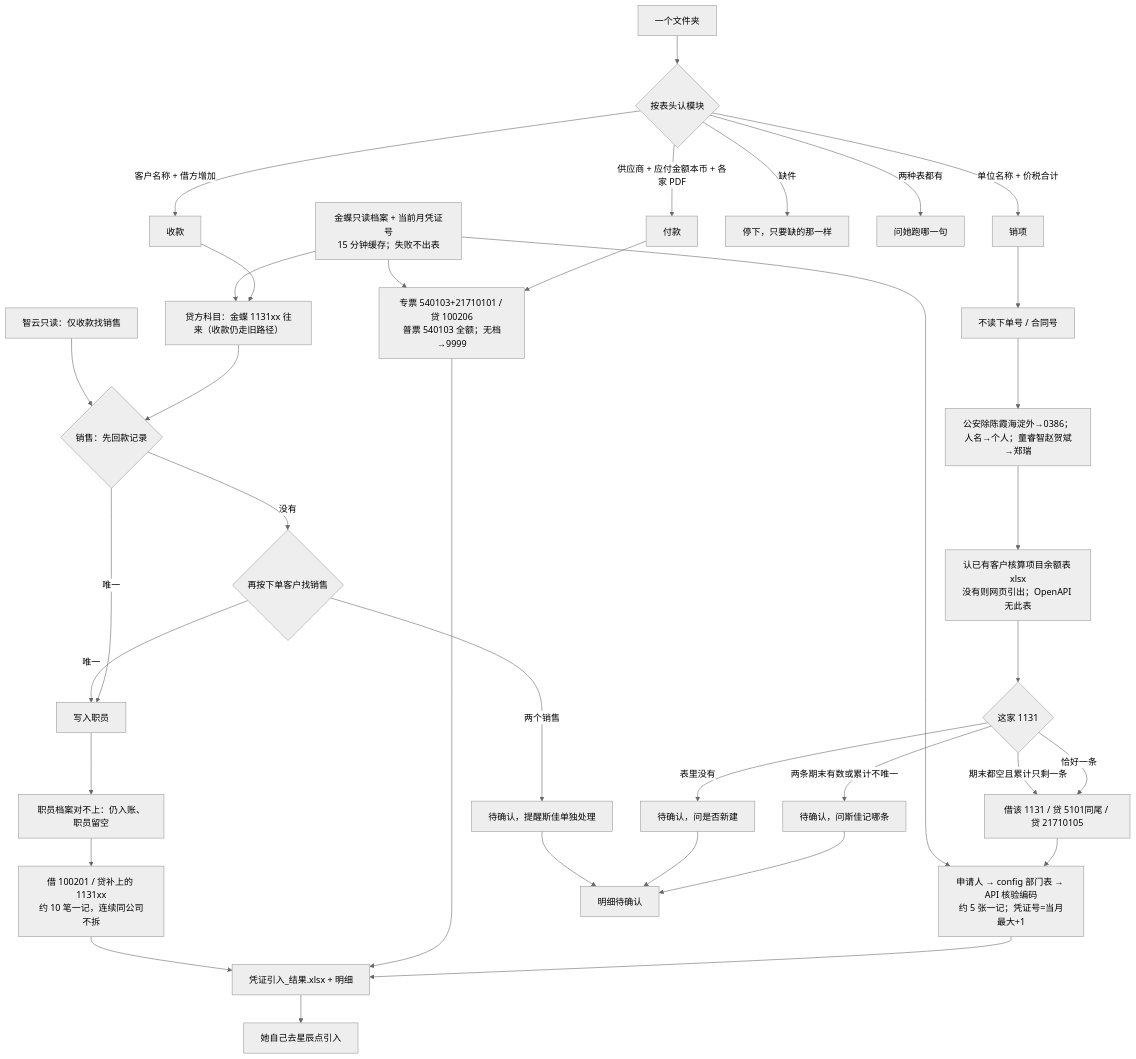
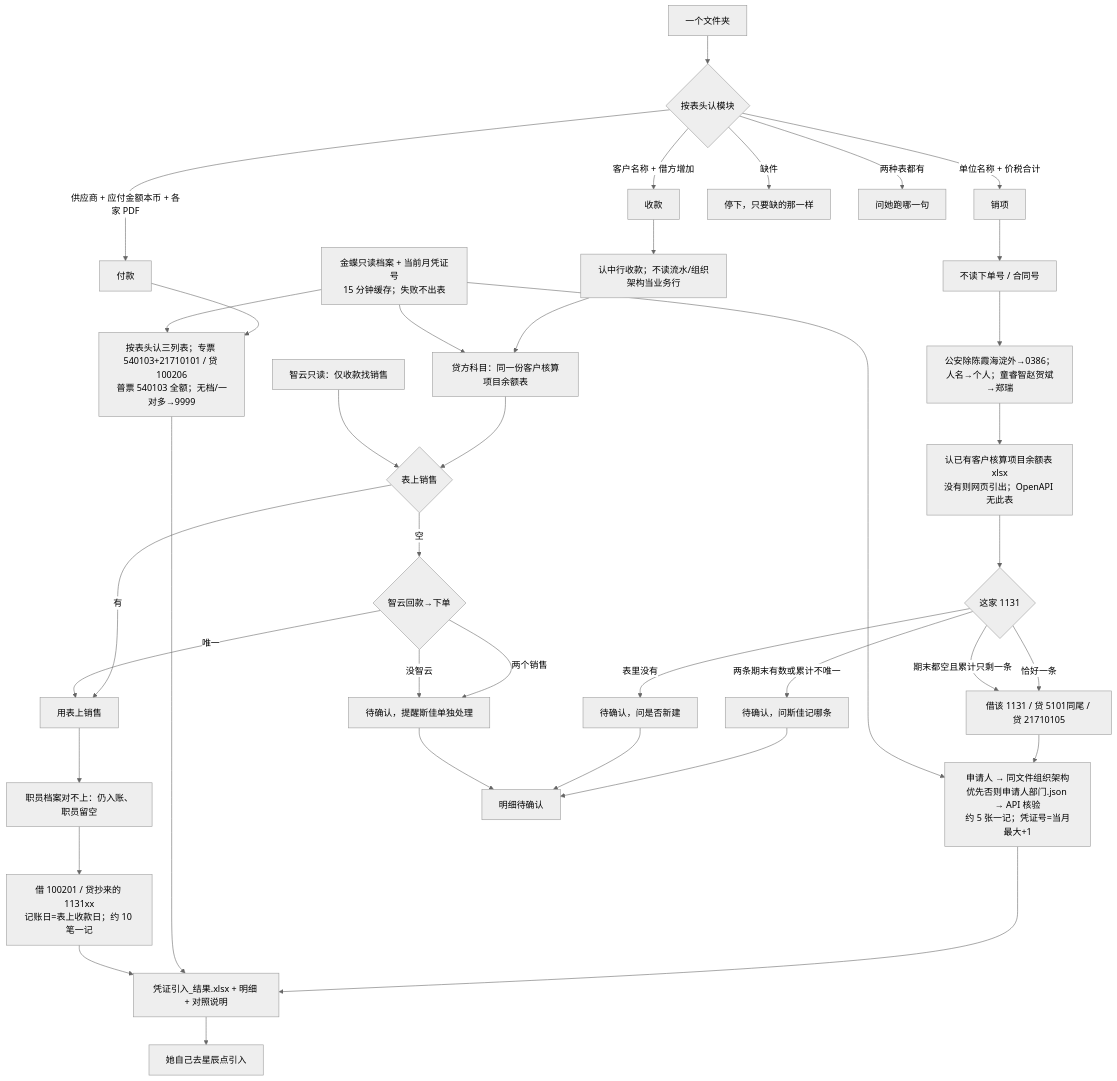
One commit to EvanLee2004/finance-skills changed the diagram in skills/kingdee-posting/README.md. Above: the diagram before and after it, drawn with Mermaid (neutral theme). The commit also changed other lines of this file and 15 other files, not shown here.

````diff
--- a/skills/kingdee-posting/README.md
+++ b/skills/kingdee-posting/README.md
@@ -53,38 +53,40 @@
 ```mermaid
 flowchart TD
   A["一个文件夹"] --> B{"按表头认模块"}
   B -->|单位名称 + 价税合计| S["销项"]
   B -->|供应商 + 应付金额本币 + 各家 PDF| P["付款"]
   B -->|客户名称 + 借方增加| R["收款"]
   B -->|缺件| M["停下，只要缺的那一样"]
   B -->|两种表都有| Q["问她跑哪一句"]
   S --> S1["不读下单号 / 合同号"]
   S1 --> S1c["公安除陈霞海淀外→0386；人名→个人；童睿智赵贺斌→郑瑞"]
   S1c --> S2["认已有客户核算项目余额表 xlsx<br/>没有则网页引出；OpenAPI 无此表"]
   S2 --> S3{"这家 1131"}
   S3 -->|恰好一条| S4["借该 1131 / 贷 5101同尾 / 贷 21710105"]
   S3 -->|两条期末有数或累计不唯一| SH["待确认，问斯佳记哪条"]
   S3 -->|期末都空且累计只剩一条| S4
   S3 -->|表里没有| SN["待确认，问是否新建"]
-  S4 --> S6["申请人 → config 部门表 → API 核验编码<br/>约 5 张一记；凭证号=当月最大+1"]
-  P --> P1["专票 540103+21710101 / 贷 100206<br/>普票 540103 全额；无档→9999"]
-  R --> R1["贷方科目：金蝶 1131xx 往来（收款仍走旧路径）"]
-  R1 --> R2{"销售：先回款记录"}
-  R2 -->|唯一| R4["写入职员"]
-  R2 -->|没有| R3{"再按下单客户找销售"}
+  S4 --> S6["申请人 → 同文件组织架构优先否则申请人部门.json → API 核验<br/>约 5 张一记；凭证号=当月最大+1"]
+  P --> P1["按表头认三列表；专票 540103+21710101 / 贷 100206<br/>普票 540103 全额；无档/一对多→9999"]
+  R --> R0["认中行收款；不读流水/组织架构当业务行"]
+  R0 --> R1["贷方科目：同一份客户核算项目余额表"]
+  R1 --> R2{"表上销售"}
+  R2 -->|有| R4["用表上销售"]
+  R2 -->|空| R3{"智云回款→下单"}
   R3 -->|唯一| R4
   R3 -->|两个销售| RH["待确认，提醒斯佳单独处理"]
+  R3 -->|没智云| RH
   R4 --> R5["职员档案对不上：仍入账、职员留空"]
-  R5 --> R6["借 100201 / 贷补上的 1131xx<br/>约 10 笔一记，连续同公司不拆"]
-  S6 --> O["凭证引入_结果.xlsx + 明细"]
+  R5 --> R6["借 100201 / 贷抄来的 1131xx<br/>记账日=表上收款日；约 10 笔一记"]
+  S6 --> O["凭证引入_结果.xlsx + 明细 + 对照说明"]
   P1 --> O
   R6 --> O
   SH --> D["明细待确认"]
   SN --> D
   RH --> D
   O --> H["她自己去星辰点引入"]
   K["金蝶只读档案 + 当前月凭证号<br/>15 分钟缓存；失败不出表"] --> S6
   K --> P1
   K --> R1
   Z["智云只读：仅收款找销售"] --> R2
 ```
````
